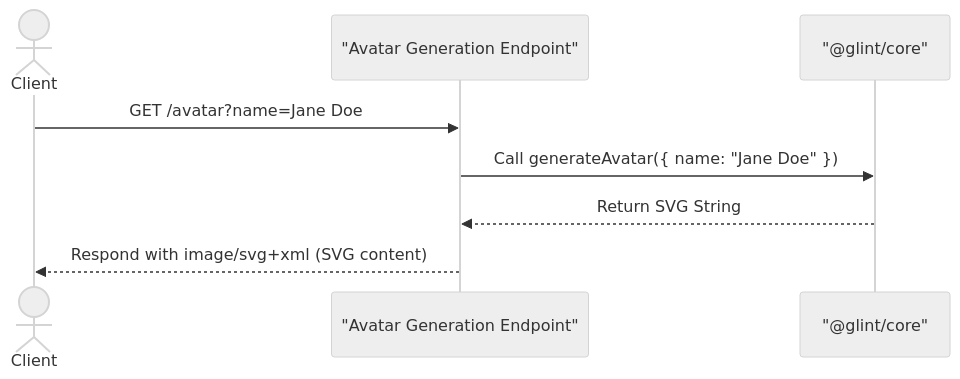
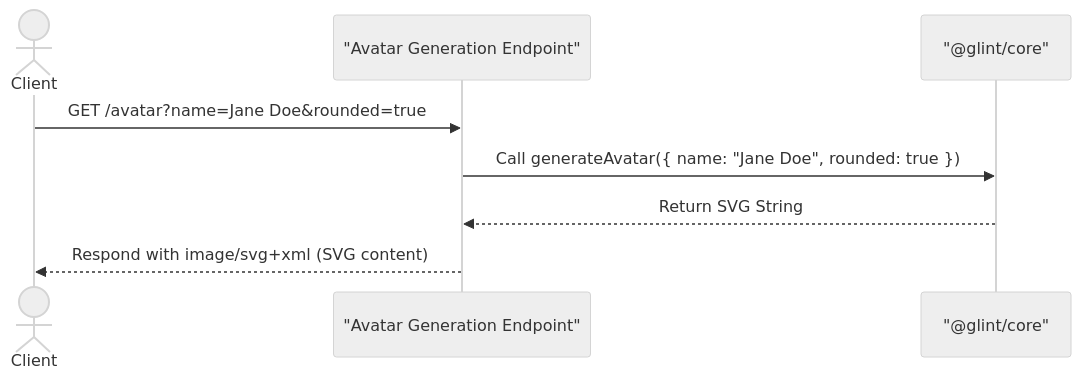
The first of 2 diagrams in README.md (Charmingdc/glint), drawn with Mermaid (neutral theme) before and after one commit. The commit also changed other lines of this file and 16 other files, not shown here.

Commit message:
feat(avatar): enhance gradient generation with three-color radial gradients and add API customization options

````diff
--- a/README.md
+++ b/README.md
@@ -64,11 +64,11 @@
 ```mermaid
 sequenceDiagram
   actor Client
   participant API as "Avatar Generation Endpoint"
   participant Core as "@glint/core"
 
-  Client->>API: GET /avatar?name=Jane Doe
-  API->>Core: Call generateAvatar({ name: "Jane Doe" })
+  Client->>API: GET /avatar?name=Jane Doe&rounded=true
+  API->>Core: Call generateAvatar({ name: "Jane Doe", rounded: true })
   Core-->>API: Return SVG String
   API-->>Client: Respond with image/svg+xml (SVG content)
 ```
````
